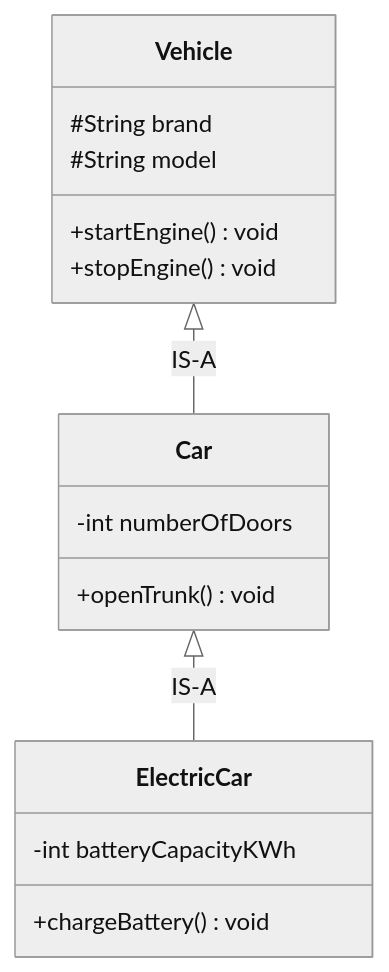
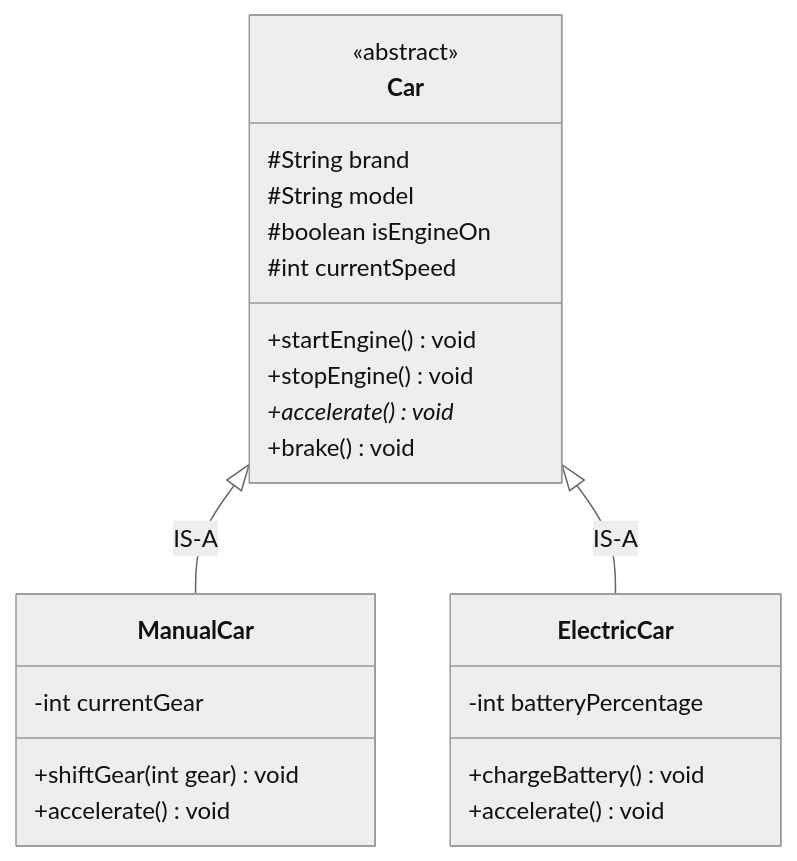
One commit to rohithgowda18/Notes changed the diagram in 04-OOPs-and-Design-Patterns/01-Core-OOPs-and-UML/03-Inheritance-and-Polymorphism-in-OOPs.md. Above: the diagram before and after it, drawn with Mermaid (neutral theme). The commit also changed other lines of this file and 30 other files, not shown here.

````diff
--- a/04-OOPs-and-Design-Patterns/01-Core-OOPs-and-UML/03-Inheritance-and-Polymorphism-in-OOPs.md
+++ b/04-OOPs-and-Design-Patterns/01-Core-OOPs-and-UML/03-Inheritance-and-Polymorphism-in-OOPs.md
@@ -14,19 +38,29 @@
 ```mermaid
 classDiagram
-    class Vehicle {
+    class Car {
+        <<abstract>>
         #String brand
         #String model
+        #boolean isEngineOn
+        #int currentSpeed
         +startEngine() void
         +stopEngine() void
+        +accelerate() void*
+        +brake() void
     }
-    class Car {
-        -int numberOfDoors
-        +openTrunk() void
+
+    class ManualCar {
+        -int currentGear
+        +shiftGear(int gear) void
+        +accelerate() void
     }
+
     class ElectricCar {
-        -int batteryCapacityKWh
+        -int batteryPercentage
         +chargeBattery() void
+        +accelerate() void
     }
-    Vehicle <|-- Car : IS-A
+
+    Car <|-- ManualCar : IS-A
     Car <|-- ElectricCar : IS-A
 ```
````
